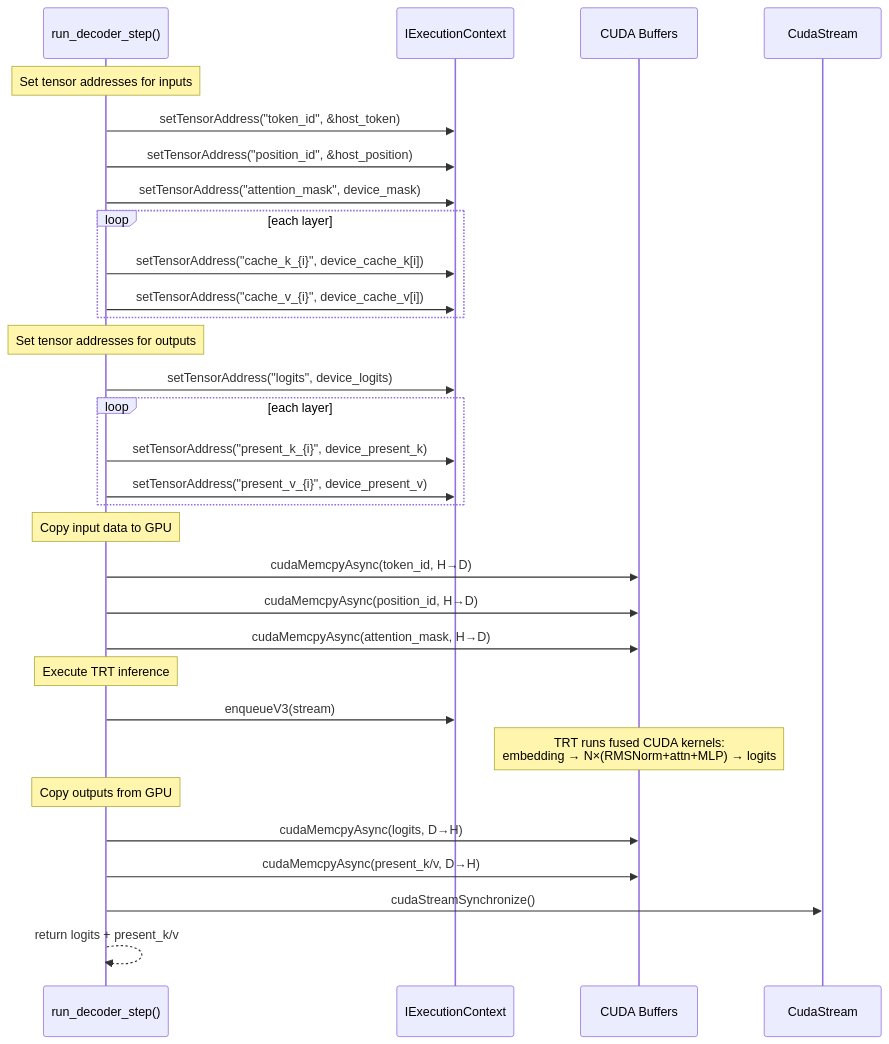
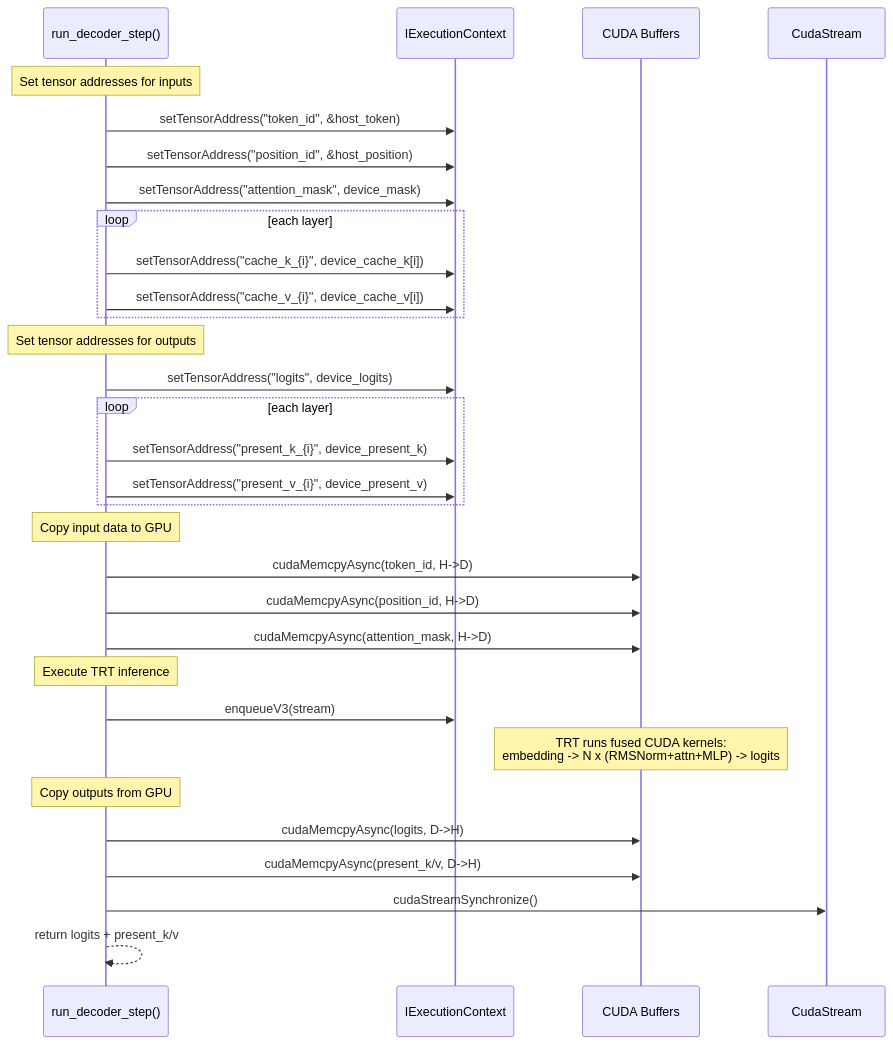
Before and after one commit to AbishekCoder1/TensorRT-Model-Connect: the fourth of 5 diagrams in docs/wiki/Dynamic-Design.md, drawn with Mermaid. The commit also changed other lines of this file and 108 other files, not shown here.

````diff
--- a/docs/wiki/Dynamic-Design.md
+++ b/docs/wiki/Dynamic-Design.md
@@ -411,39 +182,39 @@
 ```mermaid
 sequenceDiagram
     participant RT as run_decoder_step()
     participant Ctx as IExecutionContext
     participant GPU as CUDA Buffers
     participant Stream as CudaStream
 
     Note over RT: Set tensor addresses for inputs
     RT->>Ctx: setTensorAddress("token_id", &host_token)
     RT->>Ctx: setTensorAddress("position_id", &host_position)
     RT->>Ctx: setTensorAddress("attention_mask", device_mask)
     loop each layer
         RT->>Ctx: setTensorAddress("cache_k_{i}", device_cache_k[i])
         RT->>Ctx: setTensorAddress("cache_v_{i}", device_cache_v[i])
     end
 
     Note over RT: Set tensor addresses for outputs
     RT->>Ctx: setTensorAddress("logits", device_logits)
     loop each layer
         RT->>Ctx: setTensorAddress("present_k_{i}", device_present_k)
         RT->>Ctx: setTensorAddress("present_v_{i}", device_present_v)
     end
 
     Note over RT: Copy input data to GPU
-    RT->>GPU: cudaMemcpyAsync(token_id, H→D)
-    RT->>GPU: cudaMemcpyAsync(position_id, H→D)
-    RT->>GPU: cudaMemcpyAsync(attention_mask, H→D)
+    RT->>GPU: cudaMemcpyAsync(token_id, H->D)
+    RT->>GPU: cudaMemcpyAsync(position_id, H->D)
+    RT->>GPU: cudaMemcpyAsync(attention_mask, H->D)
 
     Note over RT: Execute TRT inference
     RT->>Ctx: enqueueV3(stream)
-    Note over GPU: TRT runs fused CUDA kernels:<br/>embedding → N×(RMSNorm+attn+MLP) → logits
+    Note over GPU: TRT runs fused CUDA kernels:<br/>embedding -> N x (RMSNorm+attn+MLP) -> logits
 
     Note over RT: Copy outputs from GPU
-    RT->>GPU: cudaMemcpyAsync(logits, D→H)
-    RT->>GPU: cudaMemcpyAsync(present_k/v, D→H)
+    RT->>GPU: cudaMemcpyAsync(logits, D->H)
+    RT->>GPU: cudaMemcpyAsync(present_k/v, D->H)
     RT->>Stream: cudaStreamSynchronize()
 
     RT-->>RT: return logits + present_k/v
 ```
````
